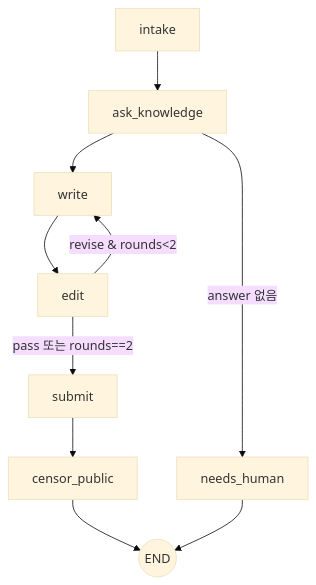
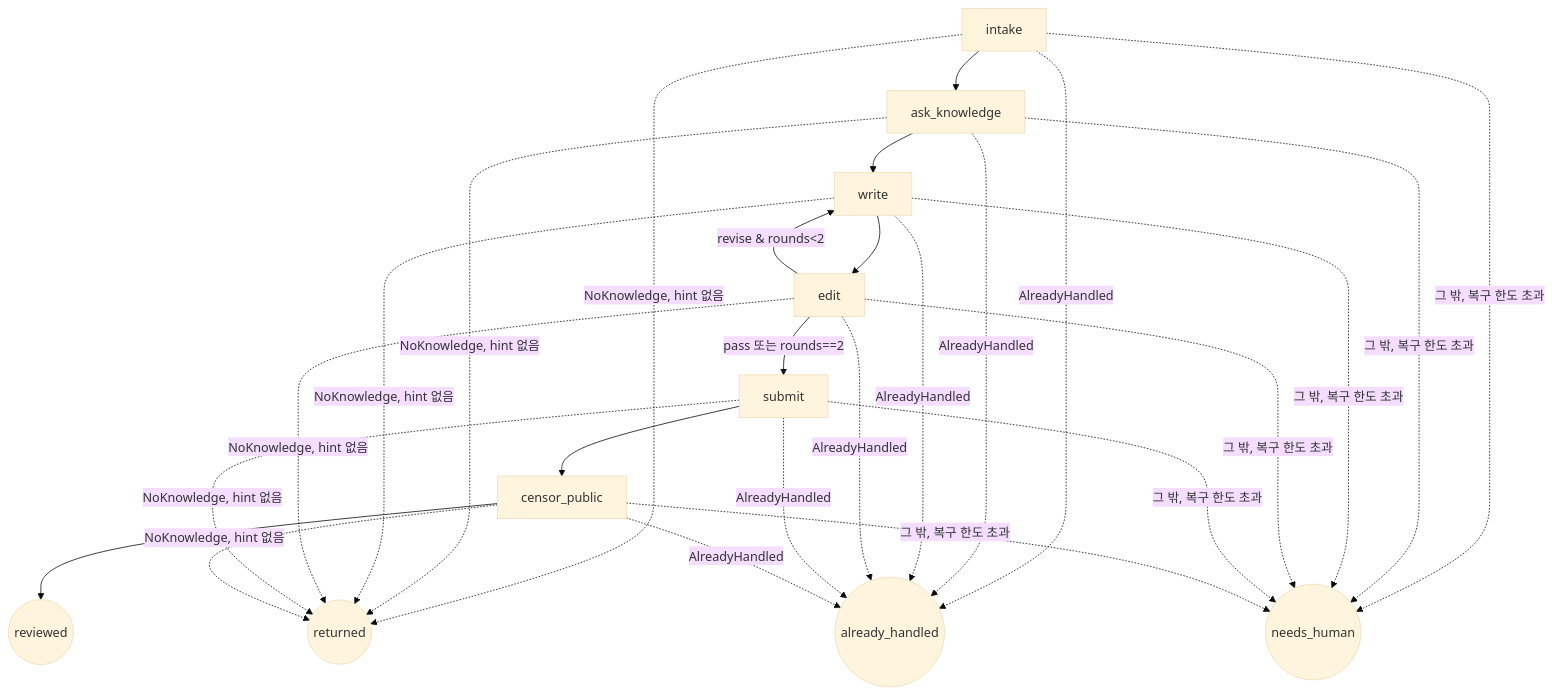
One commit to SoCAlumni/RFA_module changed the diagram in docs/modules/workflow.md. Above: the diagram before and after it, drawn with Mermaid (base theme). The commit also changed other lines of this file and 46 other files, not shown here.

````diff
--- a/docs/modules/workflow.md
+++ b/docs/modules/workflow.md
@@ -9,12 +9,9 @@
 ```mermaid
 flowchart TD
-  I[intake] --> K[ask_knowledge]
-  K -->|answer 없음| NH[needs_human]
-  K --> W[write]
-  W --> E[edit]
+  I[intake] --> K[ask_knowledge] --> W[write] --> E[edit]
   E -->|revise & rounds<2| W
-  E -->|pass 또는 rounds==2| S[submit]
-  S --> C[censor_public]
-  C --> END((END))
-  NH --> END
+  E -->|pass 또는 rounds==2| S[submit] --> C[censor_public] --> R((reviewed))
+  I & K & W & E & S & C -.->|NoKnowledge, hint 없음| RT((returned))
+  I & K & W & E & S & C -.->|AlreadyHandled| AH((already_handled))
+  I & K & W & E & S & C -.->|그 밖, 복구 한도 초과| NH((needs_human))
 ```
````
